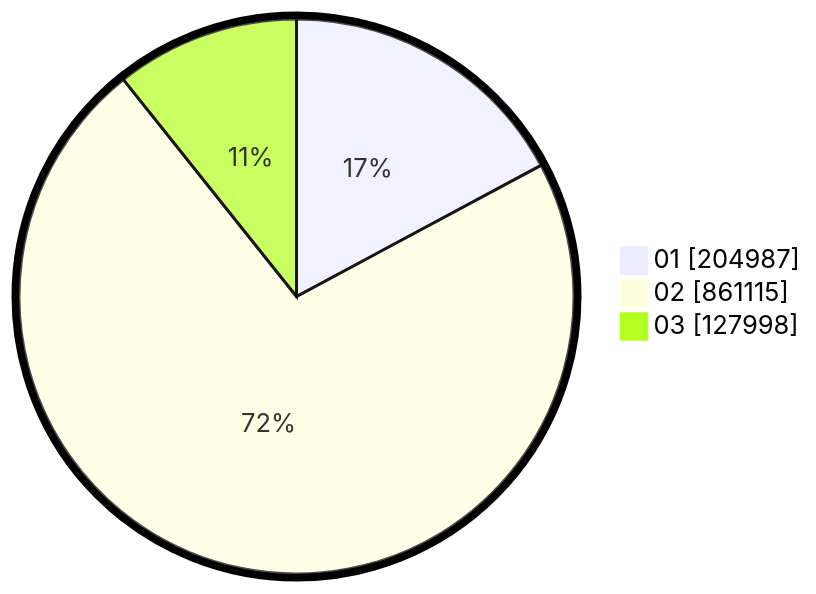
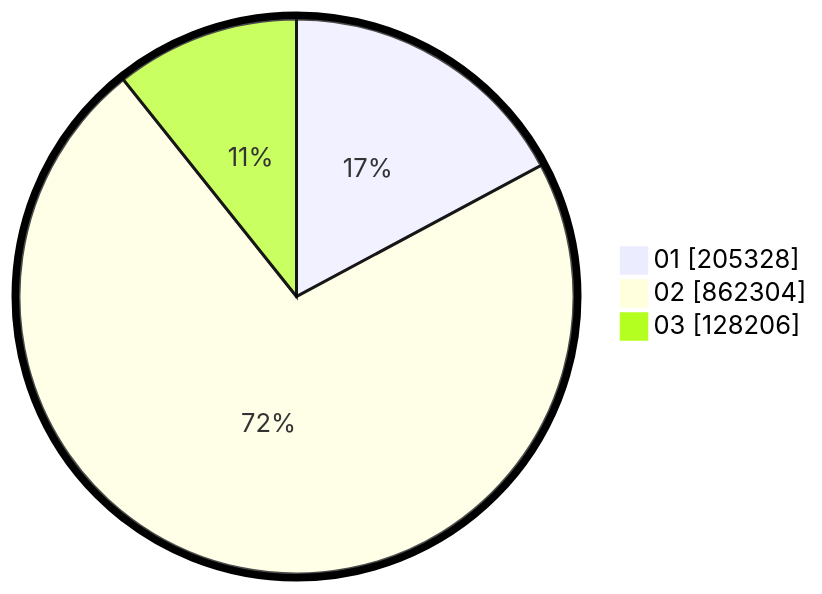
The second of 2 diagrams in pilpres/hitung-suara/sub/table-wilayah-62.md (gigit-pemilu/pemilu-2024), drawn with Mermaid before and after one commit. The commit also changed other lines of this file and 10 other files, not shown here.

````diff
--- a/pilpres/hitung-suara/sub/table-wilayah-62.md
+++ b/pilpres/hitung-suara/sub/table-wilayah-62.md
@@ -15,7 +15,7 @@
 ```mermaid
 %%{init: {"pie": {"textPosition": 0.5}, "themeVariables": {"pieOuterStrokeWidth": "5px"}} }%%
 pie showData
-    "01" : 204987
-    "02" : 861115
-    "03" : 127998
+    "01" : 205328
+    "02" : 862304
+    "03" : 128206
 ```
````
